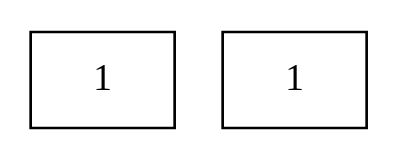
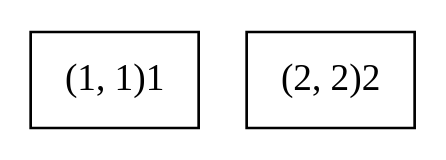
One commit to marcosbondel/EDD_1S2025_202202410 changed the diagram in reports/Logs.dot. Above: the diagram before and after it, drawn with Graphviz. The commit also changed 16 other files, not shown here.

```diff
--- a/reports/Logs.dot
+++ b/reports/Logs.dot
@@ -1,6 +1,8 @@
 digraph G {
     node [shape=record];
     rankdir=TB;
-    node_1_1 [label="1"];
-    node_2_2 [label="1"];
+    node_1_1 [label="(1, 1)
+1"];
+    node_2_2 [label="(2, 2)
+2"];
 }
```
